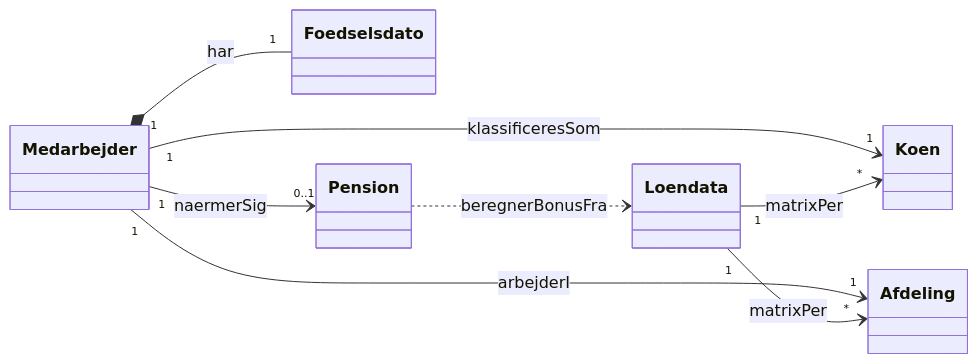
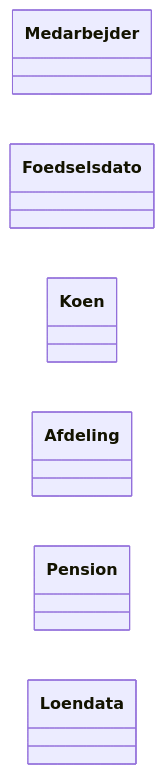
One commit to kaanxsrd/layered-service-console changed the first of 3 diagrams in diagram.md. Above: the diagram before and after it, drawn with Mermaid.

````diff
--- a/diagram.md
+++ b/diagram.md
@@ -13,24 +13,17 @@
 ```mermaid
 classDiagram
     direction LR
 
     class Medarbejder {}
 
     class Foedselsdato {}
 
     class Koen {}
 
     class Afdeling {}
 
     class Pension { }
 
     class Loendata {}
 
-    Medarbejder "1" *-- "1" Foedselsdato : har
-    Medarbejder "1" --> "1" Koen : klassificeresSom
-    Medarbejder "1" --> "1" Afdeling : arbejderI
-    Medarbejder "1" --> "0..1" Pension : naermerSig
-    Loendata "1" --> "*" Afdeling : matrixPer
-    Loendata "1" --> "*" Koen : matrixPer
-    Pension ..> Loendata : beregnerBonusFra
 ```
````
